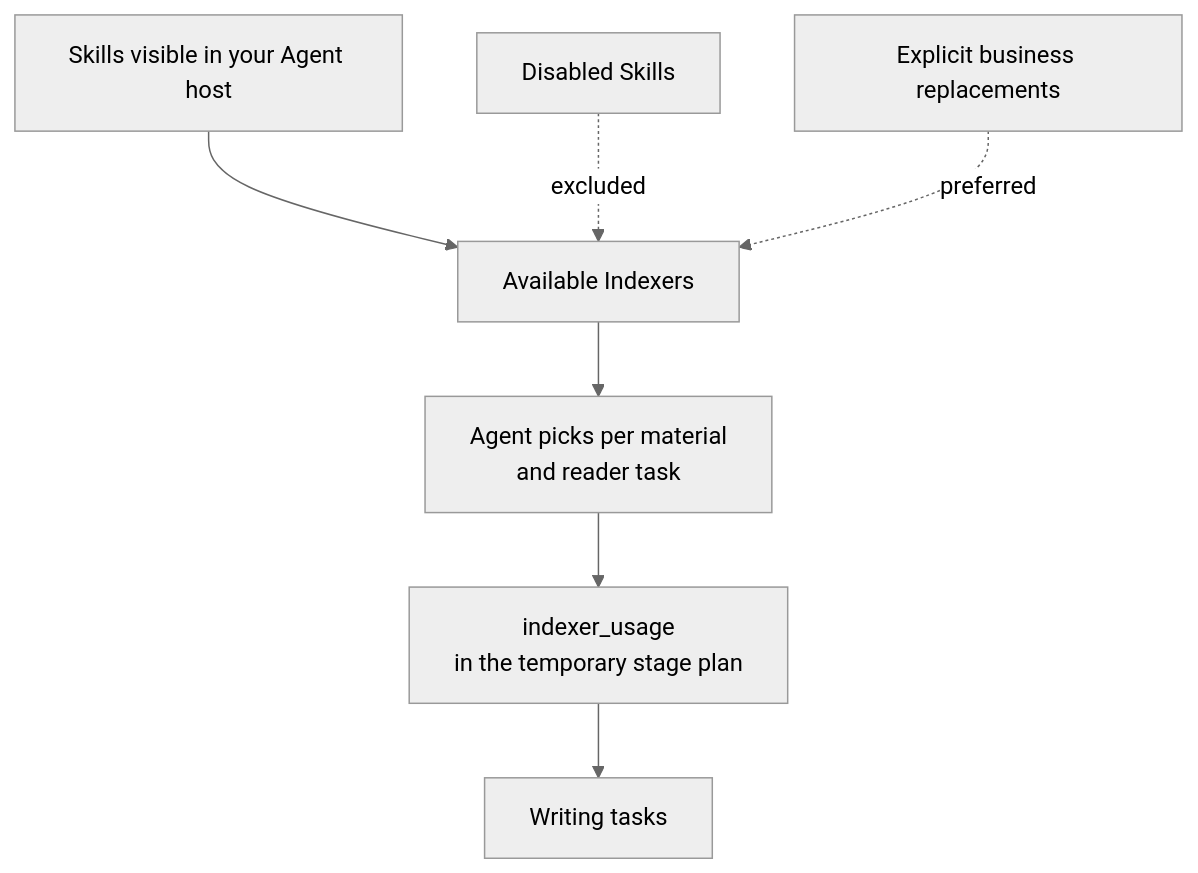
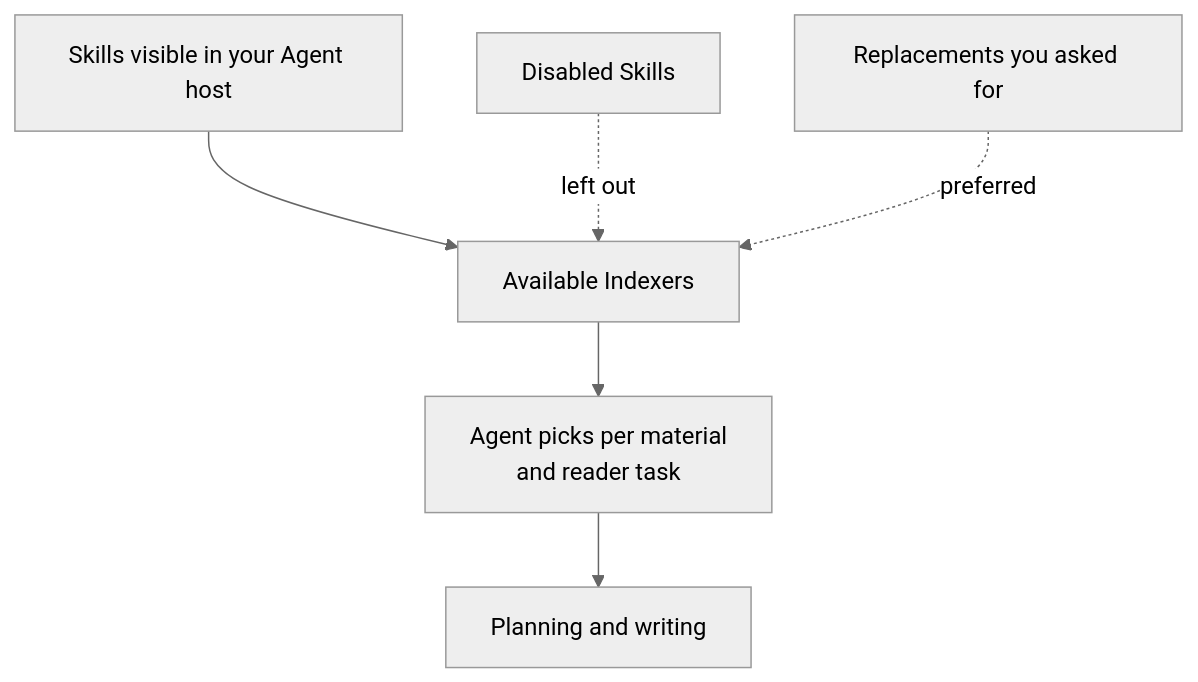
One commit to context4ai/portal changed the diagram in knowledge/sop/custom-indexers/providers-and-customization.md. Above: the diagram before and after it, drawn with Mermaid (neutral theme). The commit also changed other lines of this file and 129 other files, not shown here.

````diff
--- a/knowledge/sop/custom-indexers/providers-and-customization.md
+++ b/knowledge/sop/custom-indexers/providers-and-customization.md
@@ -14,9 +15,8 @@
 ```mermaid
 flowchart TD
   host["Skills visible in your Agent host"] --> avail["Available Indexers"]
-  disabled["Disabled Skills"] -.->|"excluded"| avail
-  replace["Explicit business replacements"] -.->|"preferred"| avail
+  disabled["Disabled Skills"] -.->|"left out"| avail
+  replace["Replacements you asked for"] -.->|"preferred"| avail
   avail --> pick["Agent picks per material<br/>and reader task"]
-  pick --> usage["indexer_usage<br/>in the temporary stage plan"]
-  usage --> write["Writing tasks"]
+  pick --> write["Planning and writing"]
 ```
````
